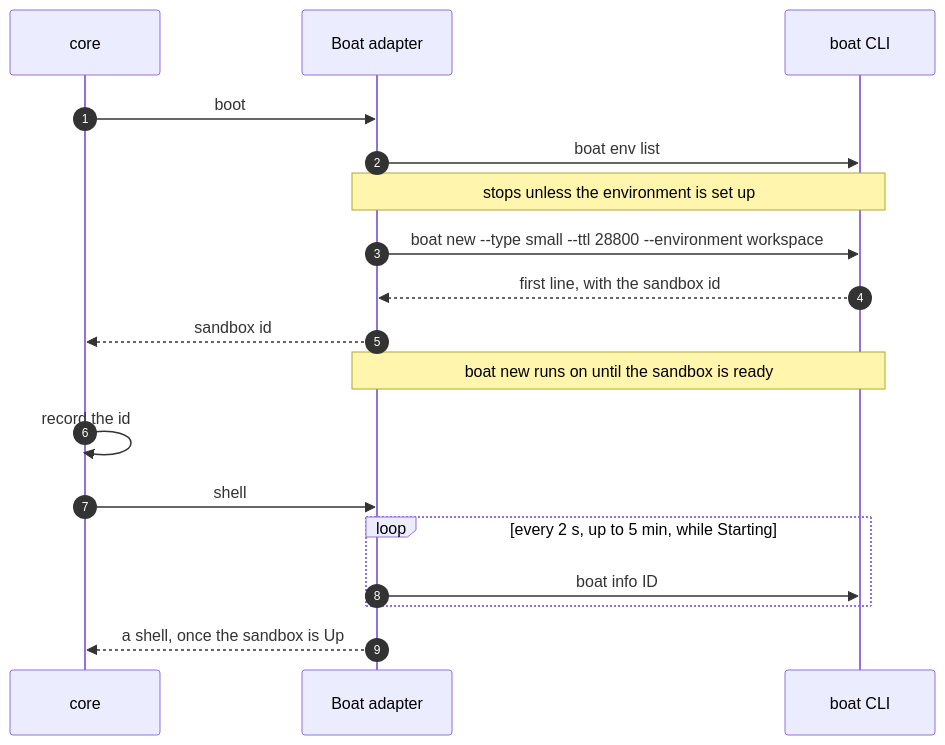
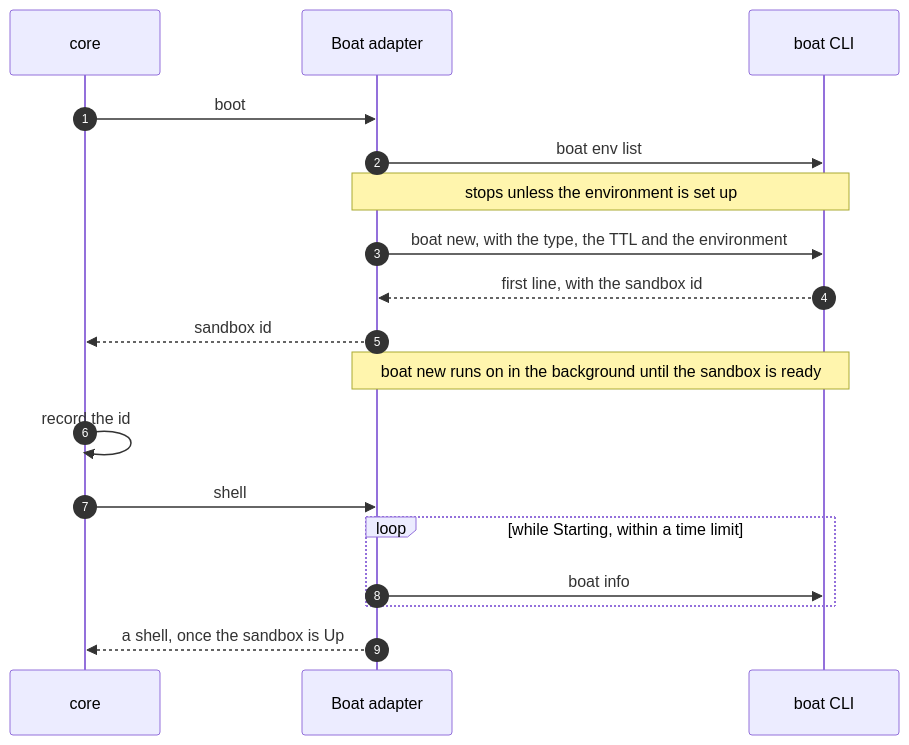
The fourth of 8 diagrams in docs/providers/boat.md (NextNodeSolutions/workspace), drawn with Mermaid before and after one commit. The commit also changed other lines of this file and 4 other files, not shown here.

````diff
--- a/docs/providers/boat.md
+++ b/docs/providers/boat.md
@@ -125,20 +112,20 @@
 ```mermaid
 sequenceDiagram
     autonumber
     participant Core as core
     participant A as Boat adapter
     participant B as boat CLI
     Core->>A: boot
     A->>B: boat env list
     Note over A,B: stops unless the environment is set up
-    A->>B: boat new --type small --ttl 28800 --environment workspace
+    A->>B: boat new, with the type, the TTL and the environment
     B-->>A: first line, with the sandbox id
     A-->>Core: sandbox id
-    Note over A,B: boat new runs on until the sandbox is ready
+    Note over A,B: boat new runs on in the background until the sandbox is ready
     Core->>Core: record the id
     Core->>A: shell
-    loop every 2 s, up to 5 min, while Starting
-        A->>B: boat info ID
+    loop while Starting, within a time limit
+        A->>B: boat info
     end
     A-->>Core: a shell, once the sandbox is Up
 ```
````
